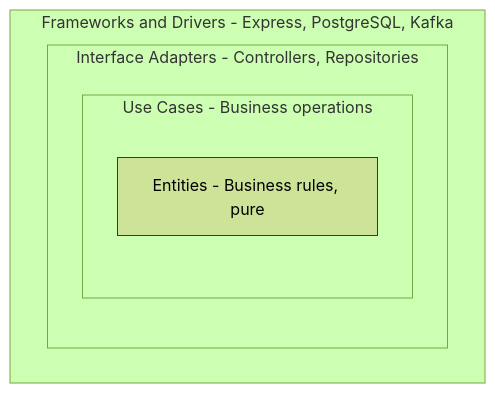
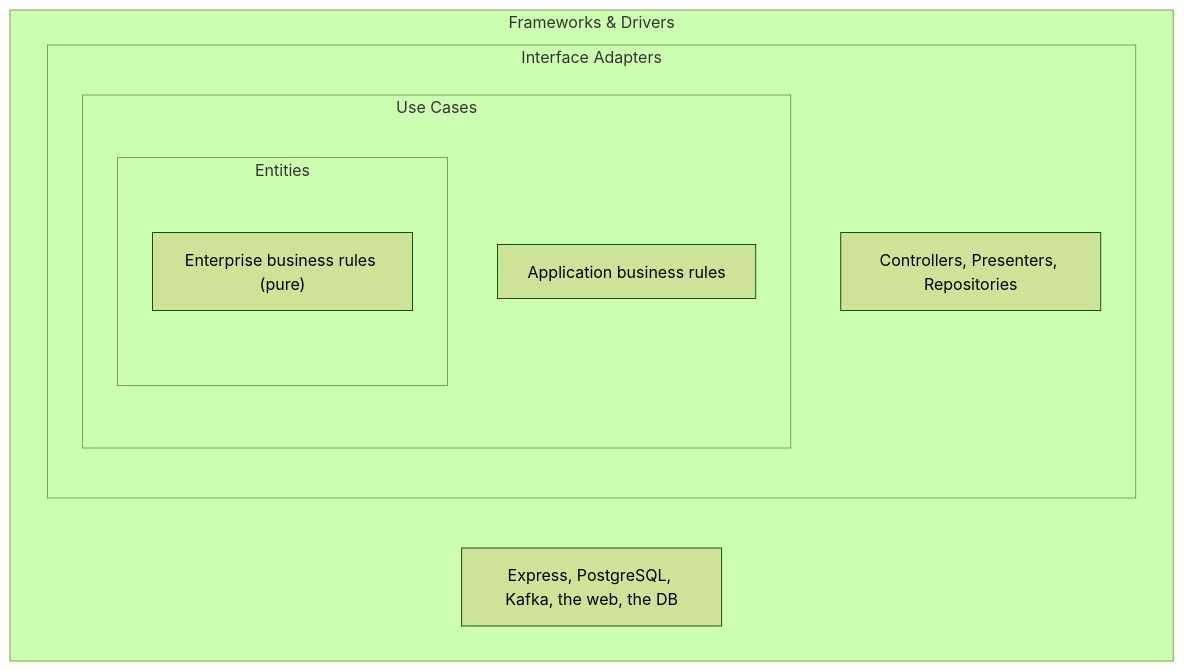
The diagram in docs/index.md (suphakin-th/system-architecture-design-learning-book), drawn with Mermaid (forest theme) before and after one commit. The commit also changed 2 other files, not shown here.

Commit message:
docs: stop nested Clean Architecture diagrams from collapsing
Subgraphs whose only child was another subgraph rendered as empty shells
that collapse into each other in the browser. Give every layer a real
labeled node so Mermaid sizes each ring, and nest IA/UC/Entities concentric
(not as siblings) to match the dependency rule. Verified by rendering each
diagram with mermaid-cli.

````diff
--- a/docs/index.md
+++ b/docs/index.md
@@ -103,10 +103,15 @@
 ```mermaid
 flowchart TD
-    subgraph FD["Frameworks and Drivers - Express, PostgreSQL, Kafka"]
-        subgraph IA["Interface Adapters - Controllers, Repositories"]
-            subgraph UC["Use Cases - Business operations"]
-                E["Entities - Business rules, pure"]
+    subgraph FD["Frameworks & Drivers"]
+        FDn["Express, PostgreSQL, Kafka, the web, the DB"]
+        subgraph IA["Interface Adapters"]
+            IAn["Controllers, Presenters, Repositories"]
+            subgraph UC["Use Cases"]
+                UCn["Application business rules"]
+                subgraph EN["Entities"]
+                    En["Enterprise business rules (pure)"]
+                end
             end
         end
     end
 ```
````
